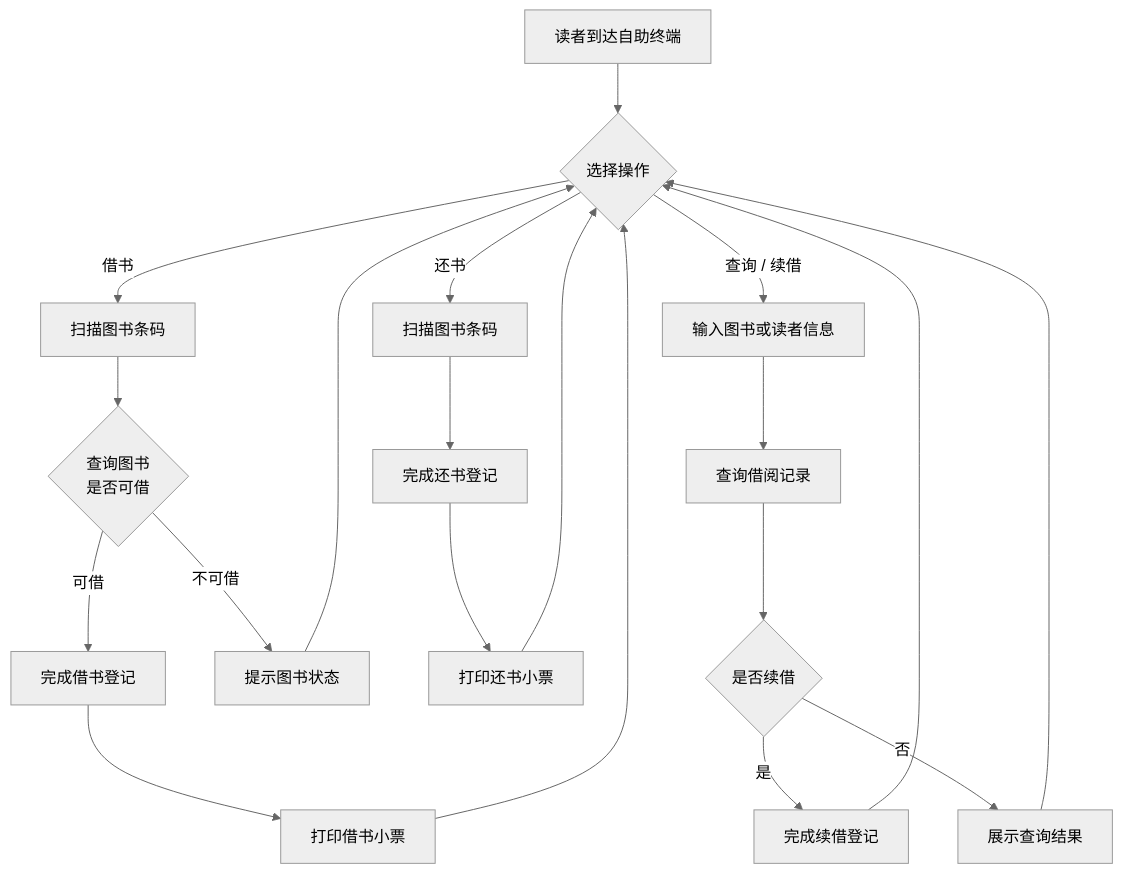
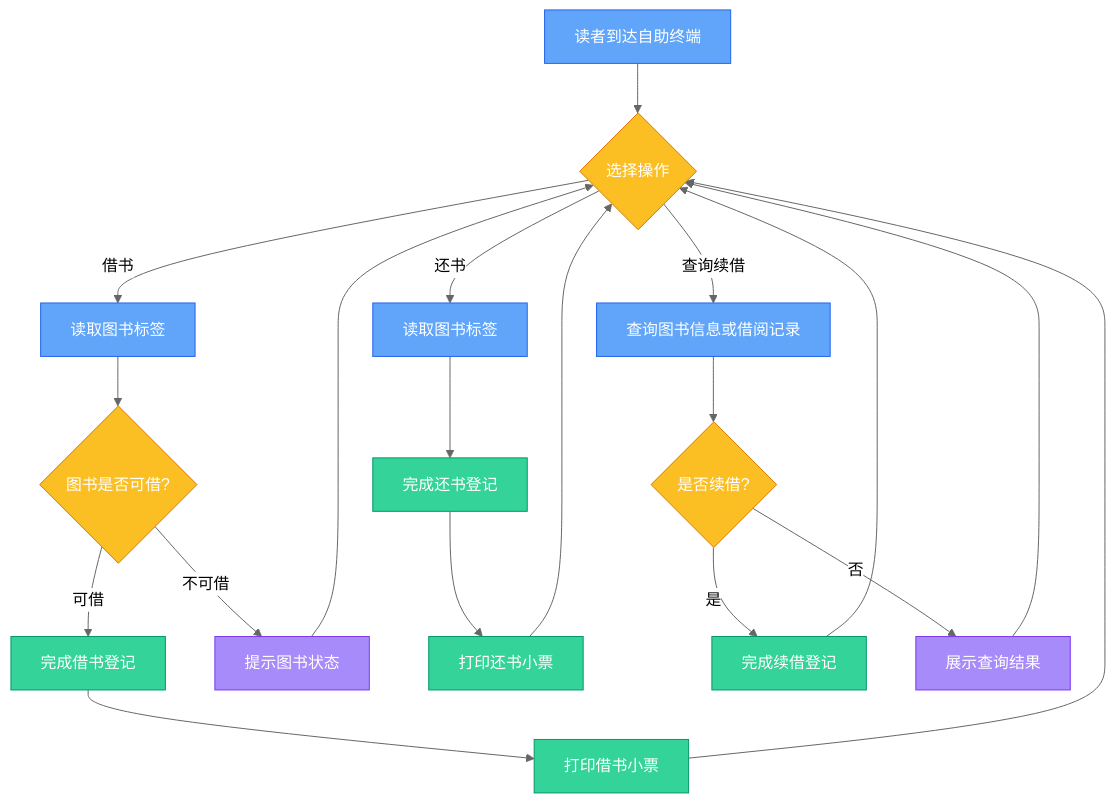
One commit to yuetsh/IOT-Lab2 changed the diagram in assets/06_自助系统.md. Above: the diagram before and after it, drawn with Mermaid (neutral theme). The commit also changed 26 other files, not shown here.

First line of the commit message:
refactor: 精简设备列表、统一参考流程图与设备-节点对应关系

````diff
--- a/assets/06_自助系统.md
+++ b/assets/06_自助系统.md
@@ -1,22 +1,25 @@
 ```mermaid
-flowchart TD
-    A[读者到达自助终端] --> B{选择操作}
-    B -- 借书 --> C[扫描图书条码]
-    C --> D{查询图书\n是否可借}
-    D -- 可借 --> E[完成借书登记]
-    E --> F[打印借书小票]
-    F --> B
-    D -- 不可借 --> G[提示图书状态]
-    G --> B
-    B -- 还书 --> H[扫描图书条码]
-    H --> I[完成还书登记]
-    I --> J[打印还书小票]
-    J --> B
-    B -- 查询 / 续借 --> K[输入图书或读者信息]
-    K --> L[查询借阅记录]
-    L --> M{是否续借}
-    M -- 是 --> N[完成续借登记]
-    N --> B
-    M -- 否 --> O[展示查询结果]
-    O --> B
+graph TD
+  classDef trigger fill:#60a5fa,stroke:#2563eb,color:#fff
+  classDef decision fill:#fbbf24,stroke:#d97706,color:#fff
+  classDef action fill:#34d399,stroke:#059669,color:#fff
+  classDef display fill:#a78bfa,stroke:#7c3aed,color:#fff
+  A[读者到达自助终端]:::trigger --> B{选择操作}:::decision
+  B -->|借书| C[读取图书标签]:::trigger
+  C --> D{图书是否可借?}:::decision
+  D -->|可借| E[完成借书登记]:::action
+  E --> F[打印借书小票]:::action
+  F --> B
+  D -->|不可借| G[提示图书状态]:::display
+  G --> B
+  B -->|还书| H[读取图书标签]:::trigger
+  H --> I[完成还书登记]:::action
+  I --> J[打印还书小票]:::action
+  J --> B
+  B -->|查询续借| K[查询图书信息或借阅记录]:::trigger
+  K --> L{是否续借?}:::decision
+  L -->|是| M[完成续借登记]:::action
+  M --> B
+  L -->|否| N[展示查询结果]:::display
+  N --> B
 ```
````
